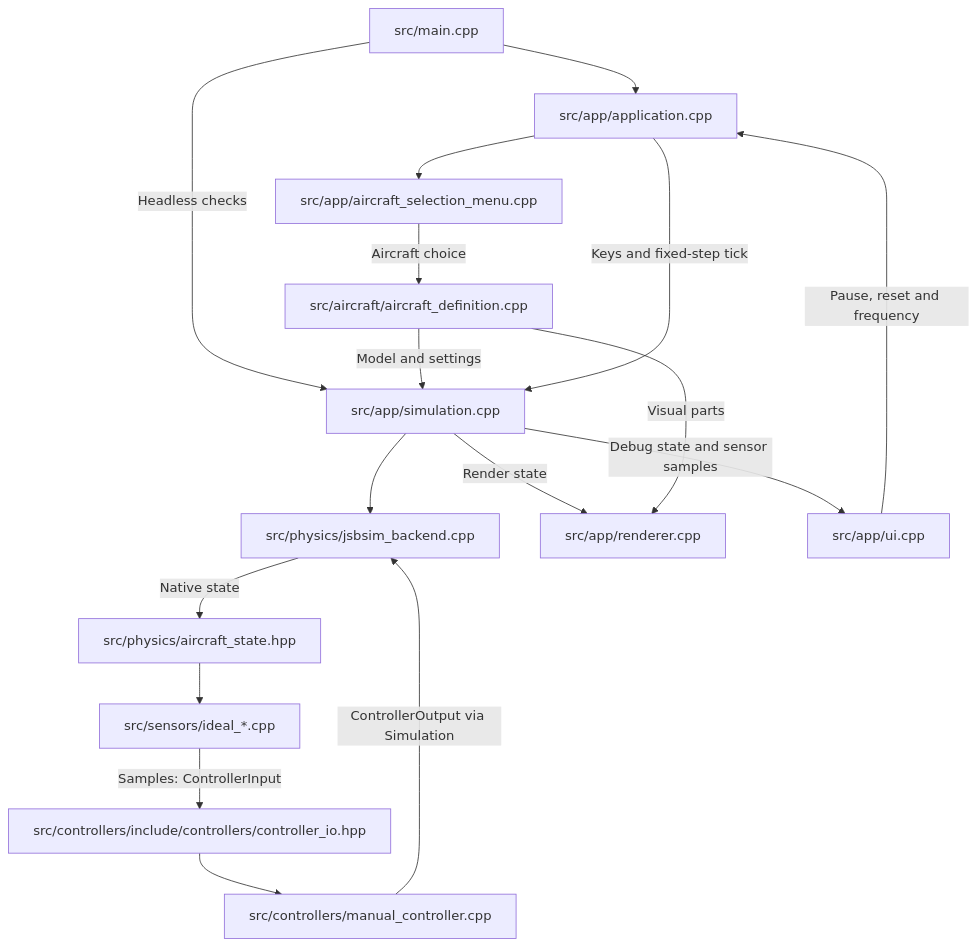
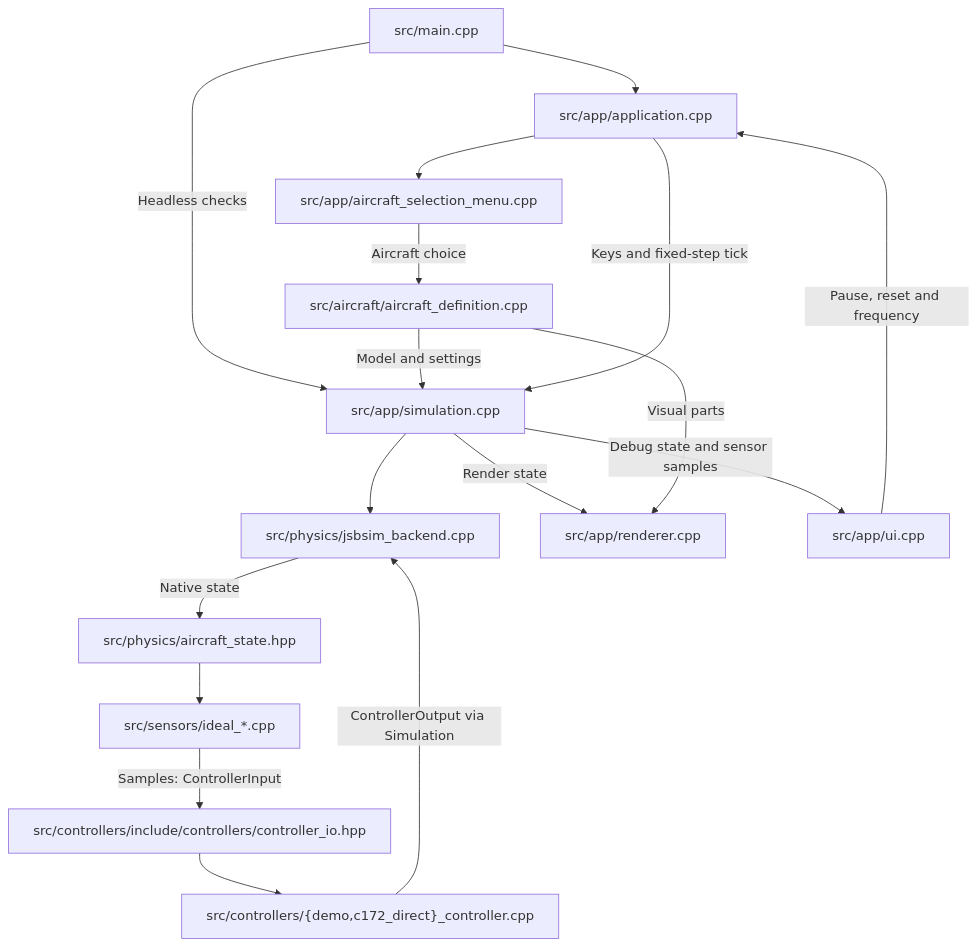
One commit to lolo-pb/daedalia-physics-sim changed the diagram in lolo-notes.md. Above: the diagram before and after it, drawn with Mermaid. The commit also changed other lines of this file and 14 other files, not shown here.

````diff
--- a/lolo-notes.md
+++ b/lolo-notes.md
@@ -21,19 +24,19 @@
 ```mermaid
 flowchart TD
     main["src/main.cpp"] --> app["src/app/application.cpp"]
     main -->|"Headless checks"| sim["src/app/simulation.cpp"]
     app --> menu["src/app/aircraft_selection_menu.cpp"]
     menu -->|"Aircraft choice"| definition["src/aircraft/aircraft_definition.cpp"]
     definition -->|"Model and settings"| sim
     app -->|"Keys and fixed-step tick"| sim
     sim --> backend["src/physics/jsbsim_backend.cpp"]
     backend -->|"Native state"| state["src/physics/aircraft_state.hpp"]
     state --> sensors["src/sensors/ideal_*.cpp"]
     sensors -->|"Samples: ControllerInput"| io["src/controllers/include/controllers/controller_io.hpp"]
-    io --> controller["src/controllers/manual_controller.cpp"]
+    io --> controller["src/controllers/{demo,c172_direct}_controller.cpp"]
     controller -->|"ControllerOutput via Simulation"| backend
     sim -->|"Render state"| renderer["src/app/renderer.cpp"]
     definition -->|"Visual parts"| renderer
     sim -->|"Debug state and sensor samples"| ui["src/app/ui.cpp"]
     ui -->|"Pause, reset and frequency"| app
 ```
````
